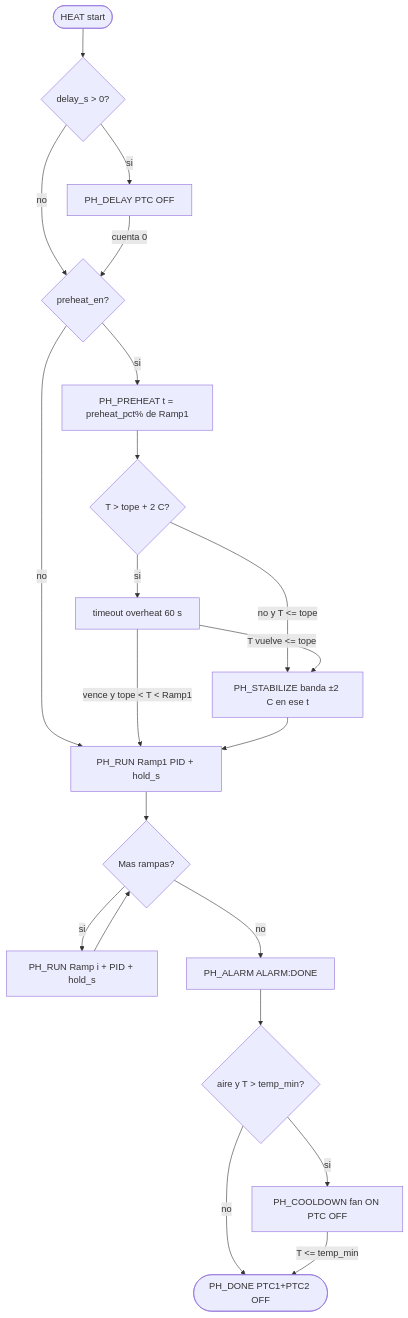
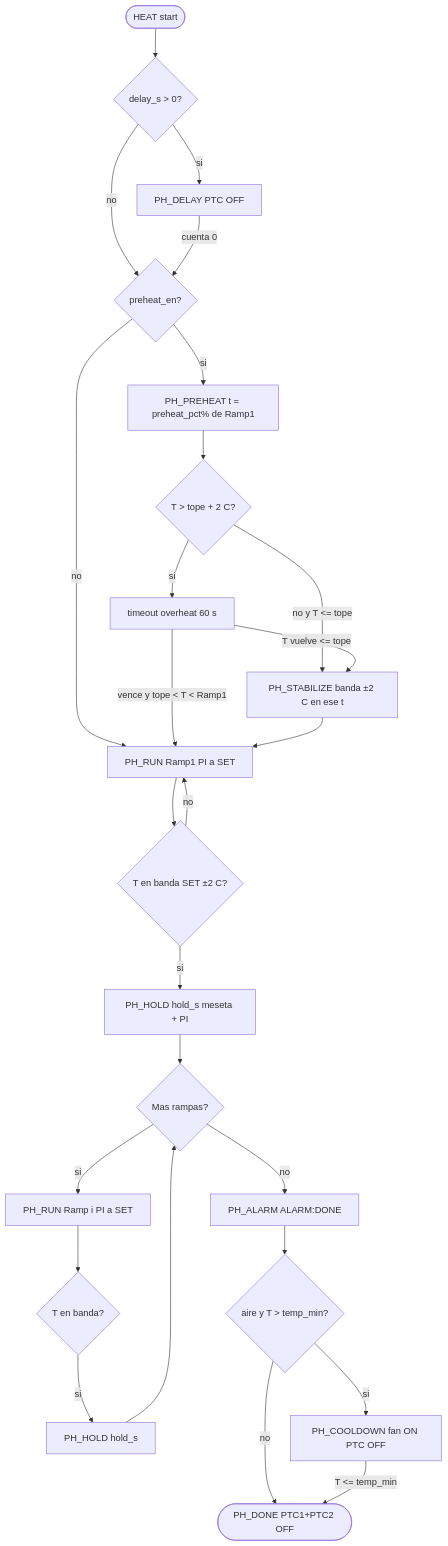
Before and after one commit to krisskira/smd-soldering-hotplate: the diagram in firmware/avr/doc/program_flows.md, drawn with Mermaid. The commit also changed other lines of this file and 17 other files, not shown here.

````diff
--- a/firmware/avr/doc/program_flows.md
+++ b/firmware/avr/doc/program_flows.md
@@ -81,23 +81,28 @@
 ```mermaid
 flowchart TD
   start([HEAT start]) --> dly{"delay_s > 0?"}
   dly -->|si| wait[PH_DELAY PTC OFF]
   dly -->|no| phen
   wait -->|cuenta 0| phen{"preheat_en?"}
-  phen -->|no| r1["PH_RUN Ramp1 PID + hold_s"]
+  phen -->|no| r1["PH_RUN Ramp1 PI a SET"]
   phen -->|si| pre["PH_PREHEAT t = preheat_pct% de Ramp1"]
   pre --> hi{"T > tope + 2 C?"}
   hi -->|no y T <= tope| stab["PH_STABILIZE banda ±2 C en ese t"]
   hi -->|si| ov["timeout overheat 60 s"]
   ov -->|T vuelve <= tope| stab
-  ov -->|vence y tope < T < Ramp1| r1["PH_RUN Ramp1 PID + hold_s"]
+  ov -->|vence y tope < T < Ramp1| r1["PH_RUN Ramp1 PI a SET"]
   stab --> r1
-  r1 --> more{Mas rampas?}
-  more -->|si| rn["PH_RUN Ramp i + PID + hold_s"]
-  rn --> more
+  r1 --> band{"T en banda SET ±2 C?"}
+  band -->|no| r1
+  band -->|si| h1["PH_HOLD hold_s meseta + PI"]
+  h1 --> more{Mas rampas?}
+  more -->|si| rn["PH_RUN Ramp i PI a SET"]
+  rn --> band2{"T en banda?"}
+  band2 -->|si| hn["PH_HOLD hold_s"]
+  hn --> more
   more -->|no| alrm["PH_ALARM ALARM:DONE"]
   alrm --> cool{"aire y T > temp_min?"}
   cool -->|si| cd["PH_COOLDOWN fan ON PTC OFF"]
   cool -->|no| done(["PH_DONE PTC1+PTC2 OFF"])
   cd -->|T <= temp_min| done
 ```
````
